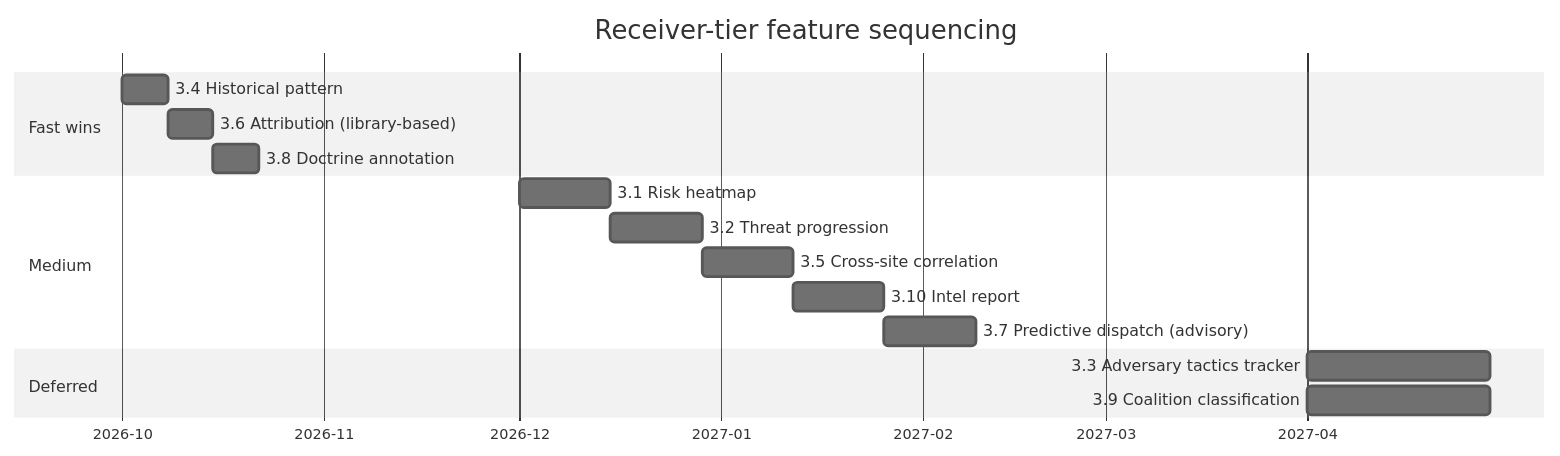
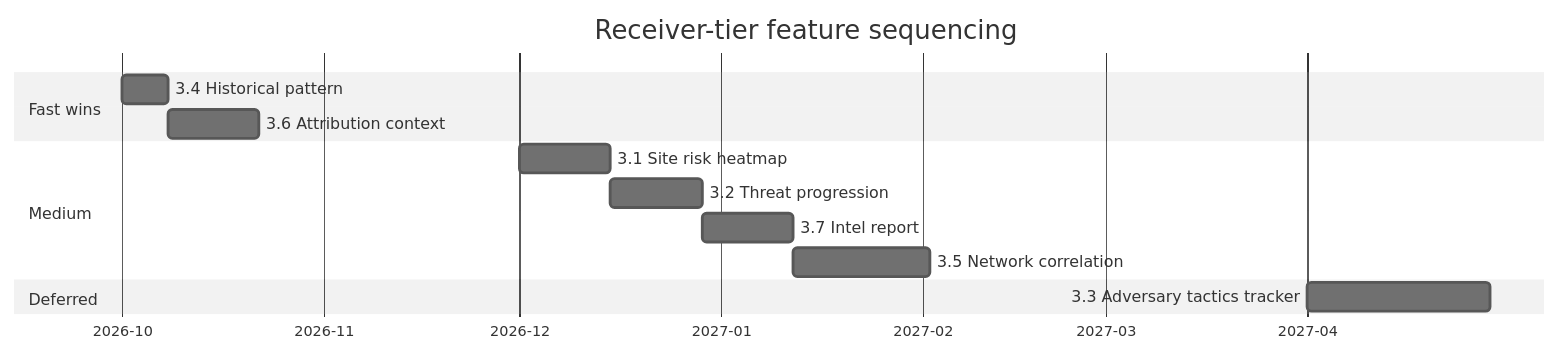
One commit to Luckyluc321/ISR-Systems-c2-platform changed the second of 2 diagrams in docs/receiver-tier-features-roadmap.md. Above: the diagram before and after it, drawn with Mermaid (neutral theme). The commit also changed other lines of this file and 1 other file, not shown here.

First line of the commit message:
docs: reshape receiver-tier roadmap around site-intelligence positioning

````diff
--- a/docs/receiver-tier-features-roadmap.md
+++ b/docs/receiver-tier-features-roadmap.md
@@ -252,22 +218,19 @@
 ```mermaid
 gantt
     title Receiver-tier feature sequencing
     dateFormat  YYYY-MM
     axisFormat  %Y-%m
 
     section Fast wins
-    3.4 Historical pattern         :h1, 2026-10, 1w
-    3.6 Attribution (library-based) :h2, after h1, 1w
-    3.8 Doctrine annotation        :h3, after h2, 1w
+    3.4 Historical pattern          :h1, 2026-10, 1w
+    3.6 Attribution context         :h2, after h1, 2w
 
     section Medium
-    3.1 Risk heatmap               :m1, 2026-12, 2w
-    3.2 Threat progression         :m2, after m1, 2w
-    3.5 Cross-site correlation     :m3, after m2, 2w
-    3.10 Intel report              :m4, after m3, 2w
-    3.7 Predictive dispatch (advisory) :m5, after m4, 2w
+    3.1 Site risk heatmap           :m1, 2026-12, 2w
+    3.2 Threat progression          :m2, after m1, 2w
+    3.7 Intel report                :m3, after m2, 2w
+    3.5 Network correlation         :m4, after m3, 3w
 
     section Deferred
-    3.3 Adversary tactics tracker  :d1, 2027-04, 4w
-    3.9 Coalition classification   :d2, 2027-04, 4w
+    3.3 Adversary tactics tracker   :d1, 2027-04, 4w
 ```
````
